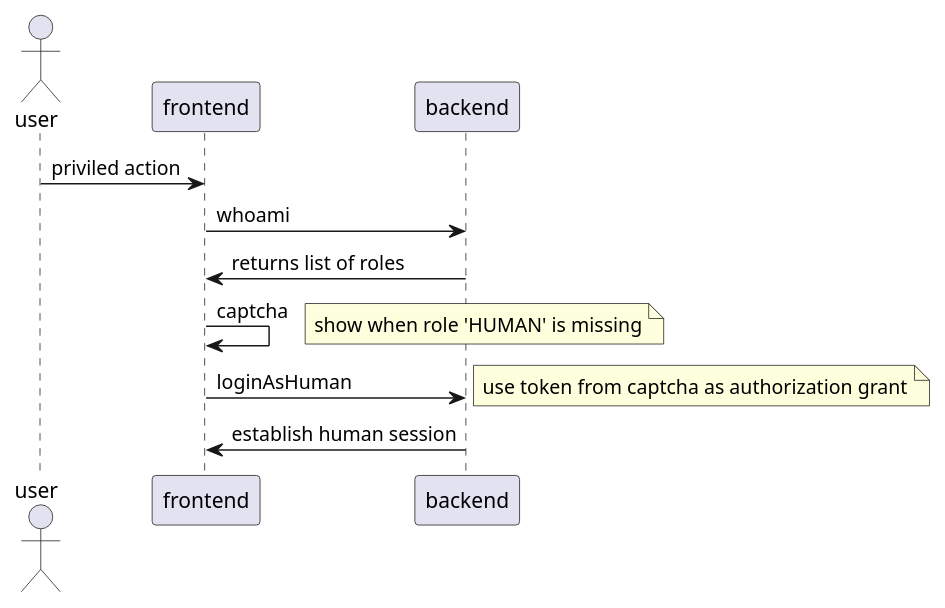
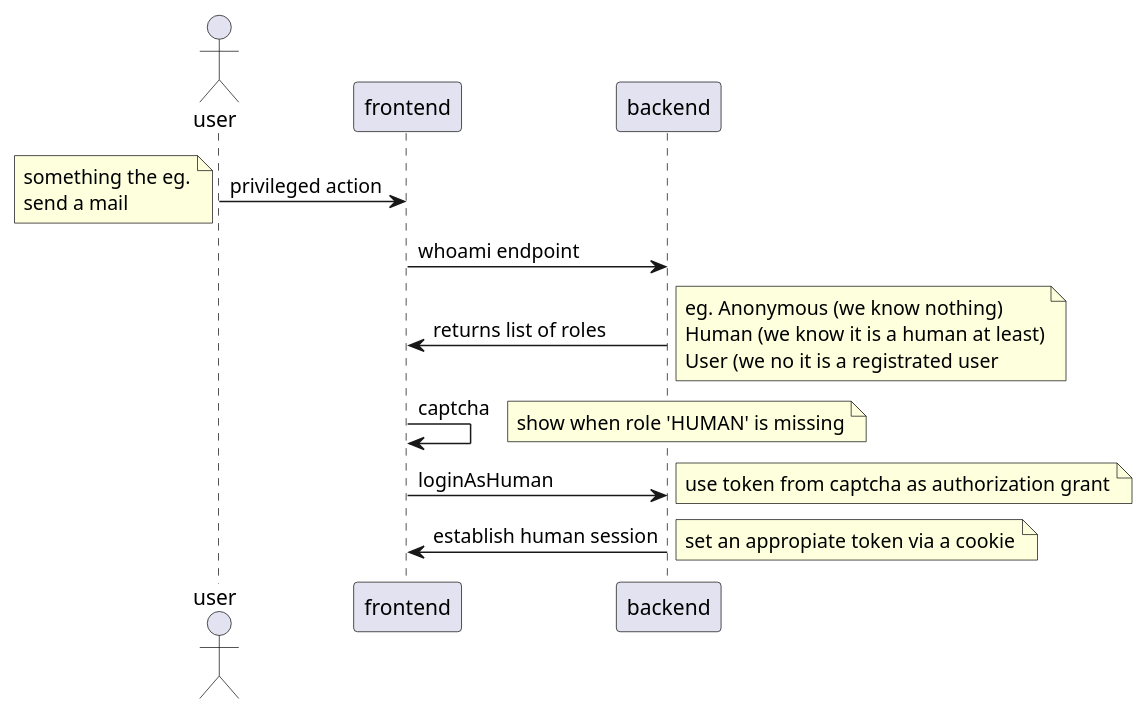
Before and after one commit to dancier/documentation: the fourth of 4 diagrams in src/main/jbake/content/documentation/dancer/src/04_solution_strategy.adoc, drawn with PlantUML.

Commit message:
more docs

```diff
--- a/src/main/jbake/content/documentation/dancer/src/04_solution_strategy.adoc
+++ b/src/main/jbake/content/documentation/dancer/src/04_solution_strategy.adoc
@@ -144,21 +144,33 @@
 [plantuml,humancheck-flow,svg]
 ....
 @startuml
 actor user
 
-user -> frontend : priviled action
-frontend -> backend: whoami
+user -> frontend : privileged action
+note left
+something the eg.
+send a mail
+end note
+frontend -> backend: whoami endpoint
 backend -> frontend: returns list of roles
+note right
+eg. Anonymous (we know nothing)
+Human (we know it is a human at least)
+User (we no it is a registrated user
+end note
 frontend -> frontend: captcha
 note right
 show when role 'HUMAN' is missing
 end note
 
 frontend -> backend: loginAsHuman
 note right
 use token from captcha as authorization grant
 end note
 backend -> frontend: establish human session
+note right
+set an appropiate token via a cookie
+end note
 
 @enduml
 ....
```
